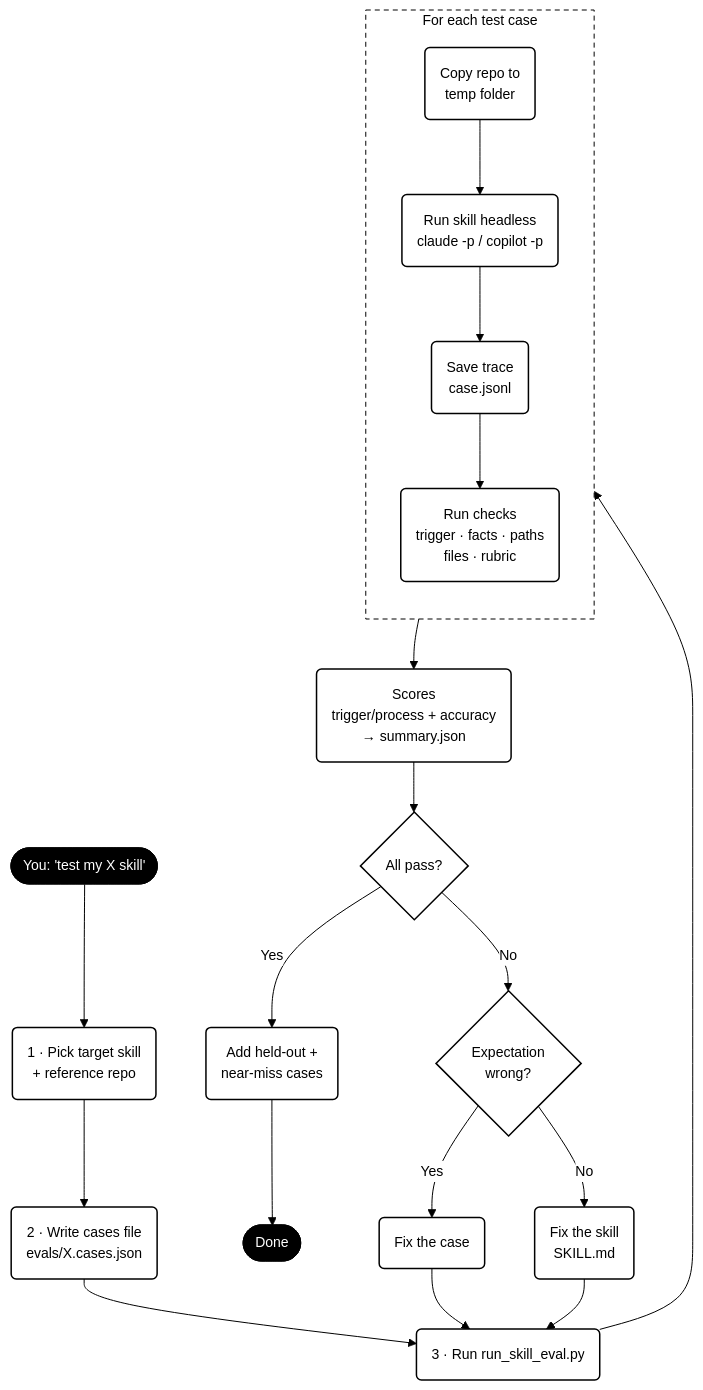
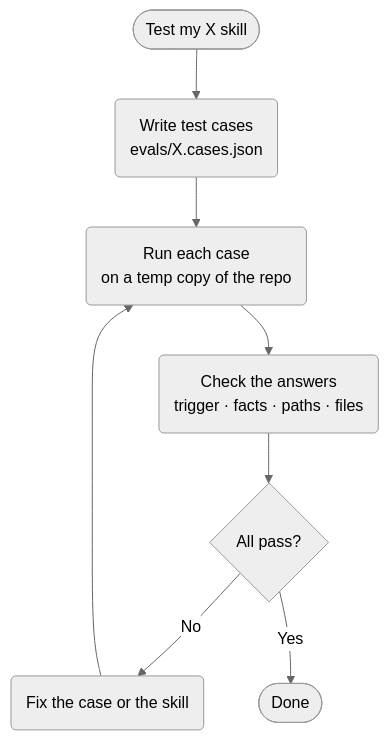
The diagram in skill-eval/.claude/skills/skill-eval/README.md (ejtx16/ai-tutorials), drawn with Mermaid before and after one commit.

Commit message:
chore: update flowchart

````diff
--- a/skill-eval/.claude/skills/skill-eval/README.md
+++ b/skill-eval/.claude/skills/skill-eval/README.md
@@ -9,44 +9,11 @@
 ```mermaid
-%%{init: {"theme": "base", "themeVariables": {
-  "background": "#ffffff",
-  "primaryColor": "#ffffff",
-  "primaryTextColor": "#000000",
-  "primaryBorderColor": "#000000",
-  "lineColor": "#000000",
-  "secondaryColor": "#ffffff",
-  "tertiaryColor": "#ffffff",
-  "clusterBkg": "#ffffff",
-  "clusterBorder": "#000000",
-  "edgeLabelBackground": "#ffffff",
-  "fontFamily": "arial, sans-serif",
-  "fontSize": "14px"
-}}}%%
+%%{init: {"theme": "neutral"}}%%
 flowchart TD
-    A(["You: 'test my X skill'"]) --> B("1 · Pick target skill<br/>+ reference repo")
-    B --> C("2 · Write cases file<br/>evals/X.cases.json")
-    C --> D("3 · Run run_skill_eval.py")
-
-    subgraph LOOP ["For each test case"]
-        direction TB
-        E("Copy repo to<br/>temp folder") --> F("Run skill headless<br/>claude -p / copilot -p")
-        F --> G("Save trace<br/>case.jsonl")
-        G --> H("Run checks<br/>trigger · facts · paths<br/>files · rubric")
-    end
-
-    D --> E
-    H --> I("Scores<br/>trigger/process + accuracy<br/>→ summary.json")
-    I --> J{"All pass?"}
-    J -- "Yes" --> K("Add held-out +<br/>near-miss cases")
-    K --> L(["Done"])
-    J -- "No" --> M{"Expectation<br/>wrong?"}
-    M -- "Yes" --> N("Fix the case")
-    M -- "No" --> O("Fix the skill<br/>SKILL.md")
-    N --> D
-    O --> D
-
-    classDef box fill:#ffffff,stroke:#000000,stroke-width:1.5px,color:#000000
-    classDef ends fill:#000000,stroke:#000000,color:#ffffff
-    class B,C,D,E,F,G,H,I,J,K,M,N,O box
-    class A,L ends
-    style LOOP fill:#ffffff,stroke:#000000,stroke-width:1px,stroke-dasharray:5 4
+    A(["Test my X skill"]) --> B("Write test cases<br/>evals/X.cases.json")
+    B --> C("Run each case<br/>on a temp copy of the repo")
+    C --> D("Check the answers<br/>trigger · facts · paths · files")
+    D --> E{"All pass?"}
+    E -- "No" --> F("Fix the case or the skill")
+    F --> C
+    E -- "Yes" --> G(["Done"])
 ```
````
